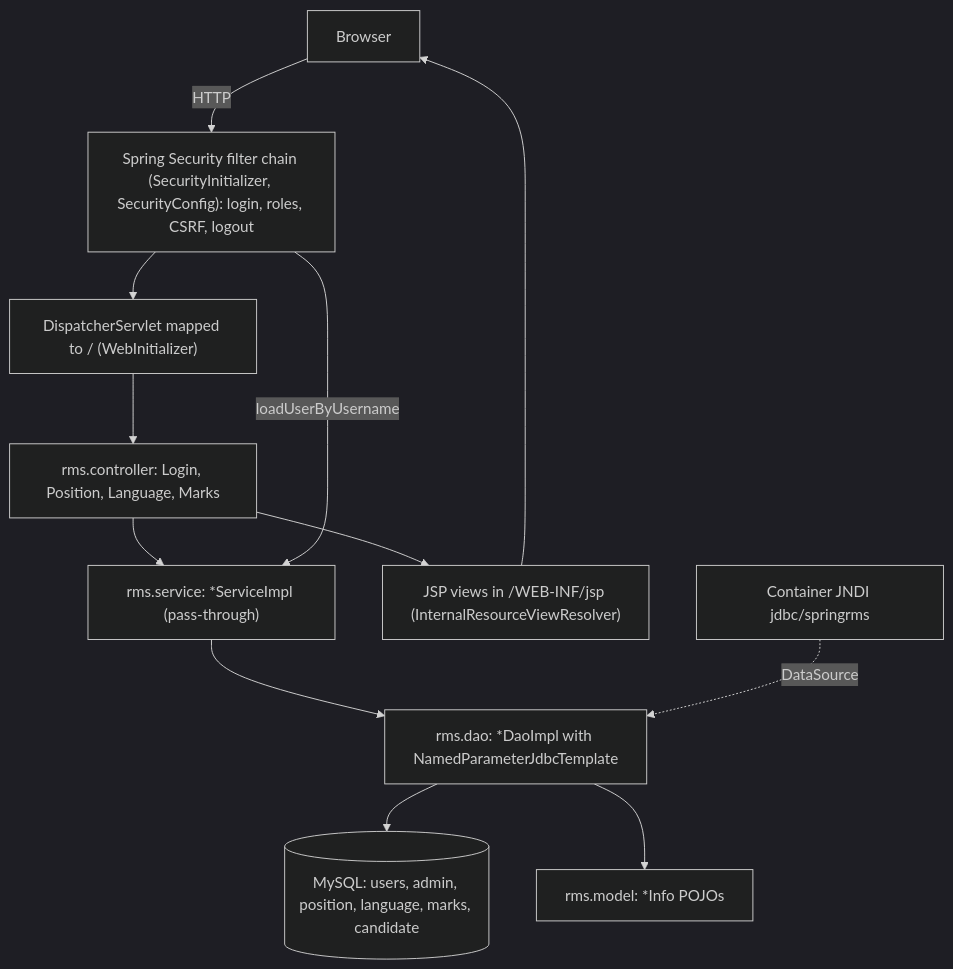
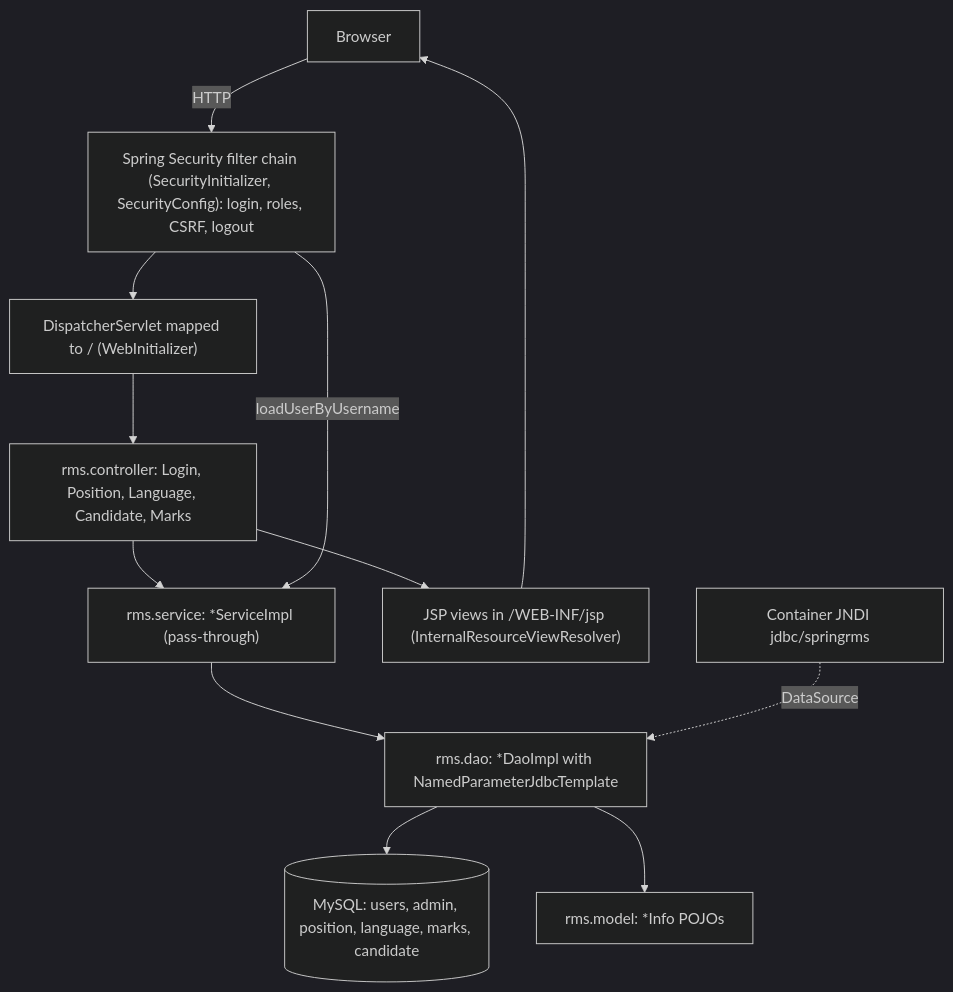
Before and after one commit to rafitsabbir/RMS: the diagram in docs/architecture.md, drawn with Mermaid (dark theme). The commit also changed other lines of this file and 27 other files, not shown here.

````diff
--- a/docs/architecture.md
+++ b/docs/architecture.md
@@ -8,14 +8,14 @@
 ```mermaid
 flowchart TB
   U[Browser] -->|HTTP| SEC["Spring Security filter chain (SecurityInitializer, SecurityConfig): login, roles, CSRF, logout"]
   SEC --> DS["DispatcherServlet mapped to / (WebInitializer)"]
   DS --> CTL
-  CTL["rms.controller: Login, Position, Language, Marks"] --> SVC["rms.service: *ServiceImpl (pass-through)"]
+  CTL["rms.controller: Login, Position, Language, Candidate, Marks"] --> SVC["rms.service: *ServiceImpl (pass-through)"]
   SEC -->|loadUserByUsername| SVC
   SVC --> DAO["rms.dao: *DaoImpl with NamedParameterJdbcTemplate"]
   DAO --> DB[("MySQL: users, admin, position, language, marks, candidate")]
   DAO --> M["rms.model: *Info POJOs"]
   CTL --> V["JSP views in /WEB-INF/jsp (InternalResourceViewResolver)"]
   V --> U
   JNDI["Container JNDI jdbc/springrms"] -.->|DataSource| DAO
 ```
````
